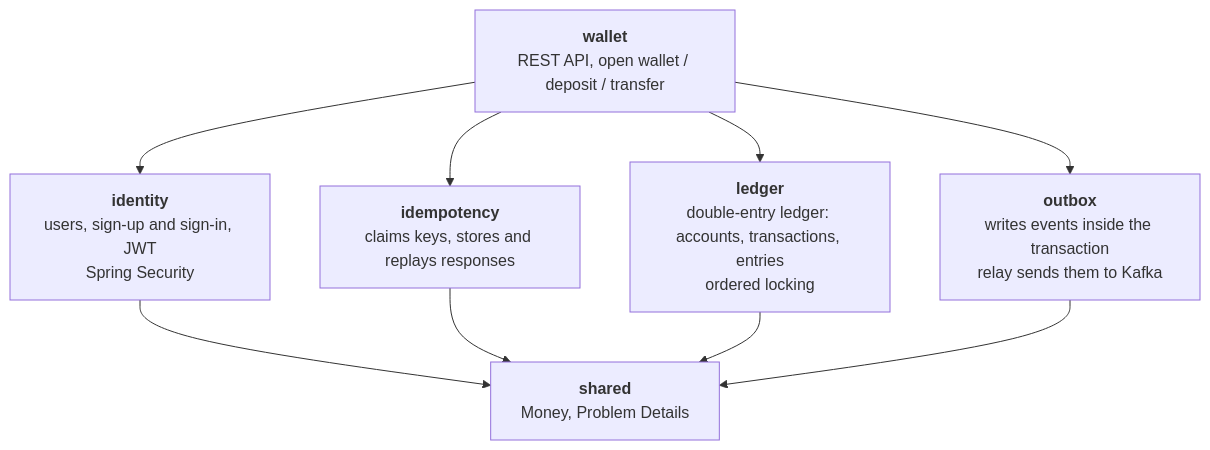
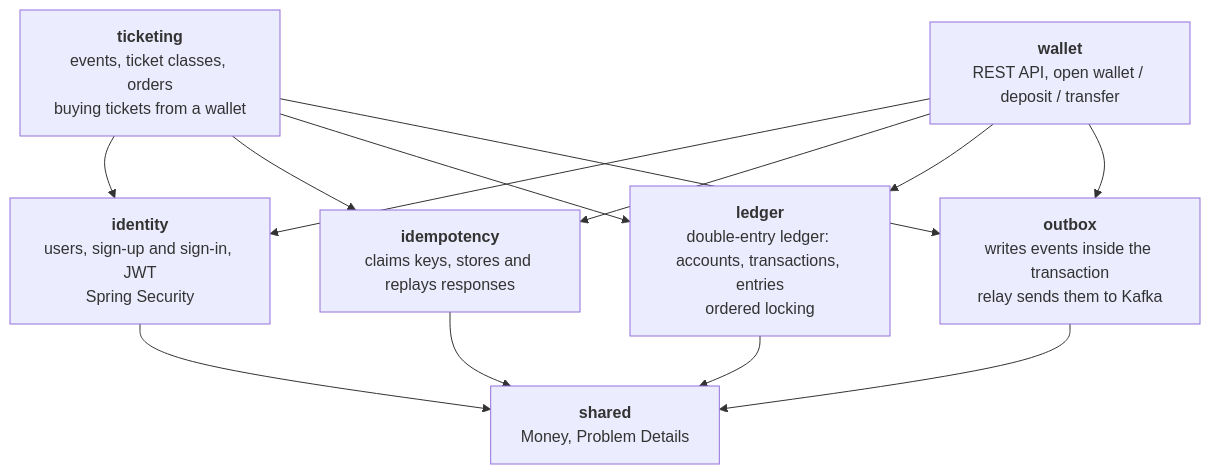
Before and after one commit to HoangThanhMan/ledgerly: the second of 3 diagrams in README.md, drawn with Mermaid. The commit also changed other lines of this file and 38 other files, not shown here.

Commit message:
Sell tickets paid from the wallet (#17)

````diff
--- a/README.md
+++ b/README.md
@@ -75,18 +77,23 @@
 ```mermaid
 flowchart TB
     wallet["<b>wallet</b><br/>REST API, open wallet / deposit / transfer"]
     identity["<b>identity</b><br/>users, sign-up and sign-in, JWT<br/>Spring Security"]
+    ticketing["<b>ticketing</b><br/>events, ticket classes, orders<br/>buying tickets from a wallet"]
     idem["<b>idempotency</b><br/>claims keys, stores and replays responses"]
     ledger["<b>ledger</b><br/>double-entry ledger: accounts, transactions, entries<br/>ordered locking"]
     outbox["<b>outbox</b><br/>writes events inside the transaction<br/>relay sends them to Kafka"]
     shared["<b>shared</b><br/>Money, Problem Details"]
 
     wallet --> identity
+    ticketing --> identity
+    ticketing --> idem
+    ticketing --> ledger
+    ticketing --> outbox
     wallet --> idem
     wallet --> ledger
     wallet --> outbox
     identity --> shared
     idem --> shared
     ledger --> shared
     outbox --> shared
 ```
````
